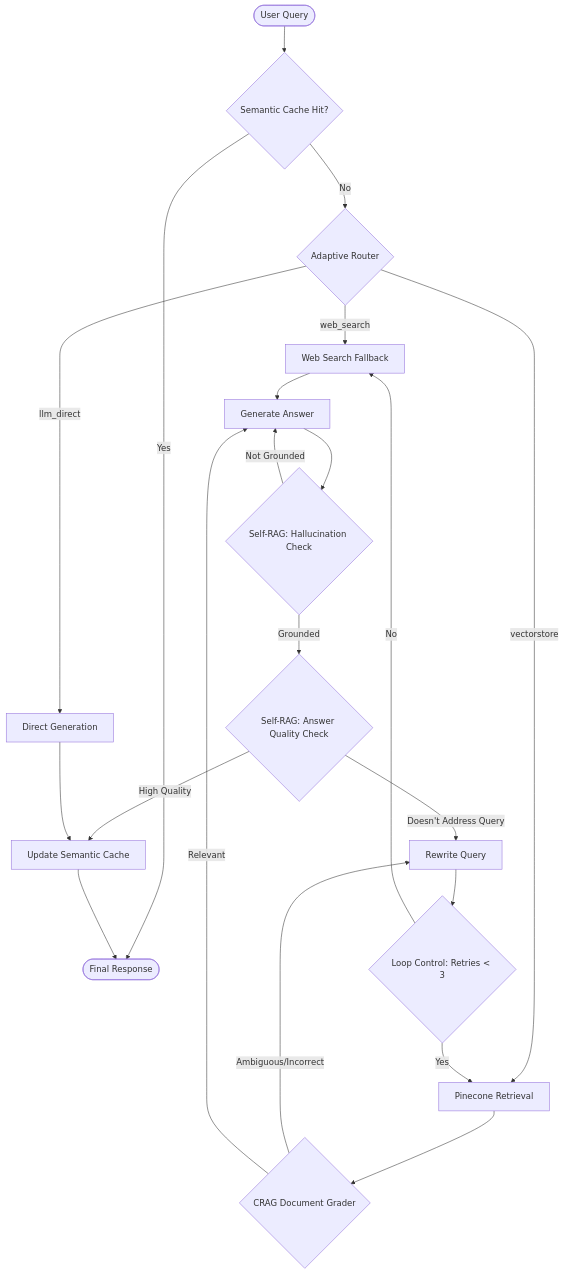
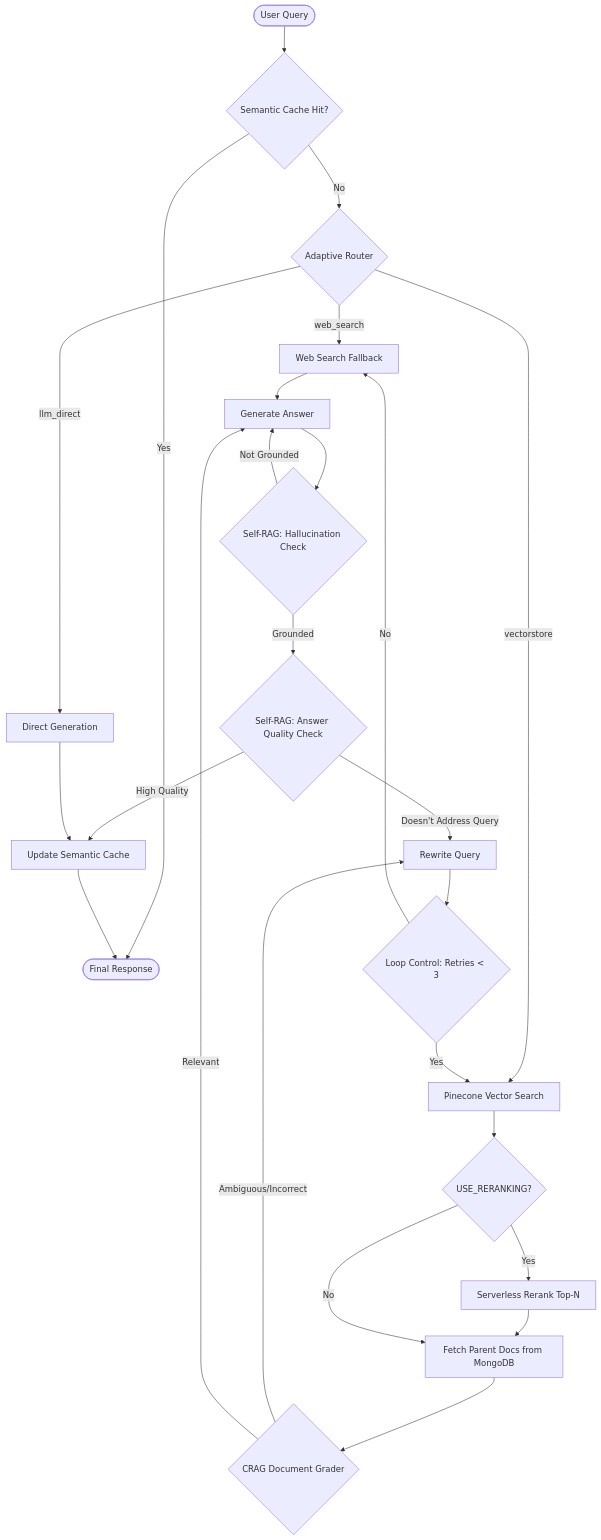
One commit to questinrest/agentic-rag-orchestrator changed the diagram in README.md. Above: the diagram before and after it, drawn with Mermaid. The commit also changed 16 other files, not shown here.

````diff
--- a/README.md
+++ b/README.md
@@ -9,30 +9,36 @@
 ```mermaid
 graph TD
     A([User Query]) --> Cache{Semantic Cache Hit?}
     
     Cache -- Yes --> K([Final Response])
     Cache -- No --> B{Adaptive Router}
     
     B -- llm_direct --> C[Direct Generation]
     B -- web_search --> D[Web Search Fallback]
-    B -- vectorstore --> E[Pinecone Retrieval]
     
-    E --> F{CRAG Document Grader}
+    %% Vectorstore Route with Reranker & Parent-Child Pattern
+    B -- vectorstore --> Pinecone[Pinecone Vector Search]
+    Pinecone --> RerankCheck{USE_RERANKING?}
+    RerankCheck -- Yes --> Reranker[Serverless Rerank Top-N]
+    Reranker --> Mongo[Fetch Parent Docs from MongoDB]
+    RerankCheck -- No --> Mongo
+    Mongo --> F{CRAG Document Grader}
+    
     F -- Ambiguous/Incorrect --> G[Rewrite Query]
     F -- Relevant --> H[Generate Answer]
     D --> H
     
     H --> I{Self-RAG: Hallucination Check}
     I -- Not Grounded --> H
     
     I -- Grounded --> J{Self-RAG: Answer Quality Check}
     J -- Doesn't Address Query --> G
     
     J -- High Quality --> CacheStore[Update Semantic Cache]
     C --> CacheStore
     CacheStore --> K
     
     G --> L{Loop Control: Retries < 3}
-    L -- Yes --> E
+    L -- Yes --> Pinecone
     L -- No --> D
 ```
````
